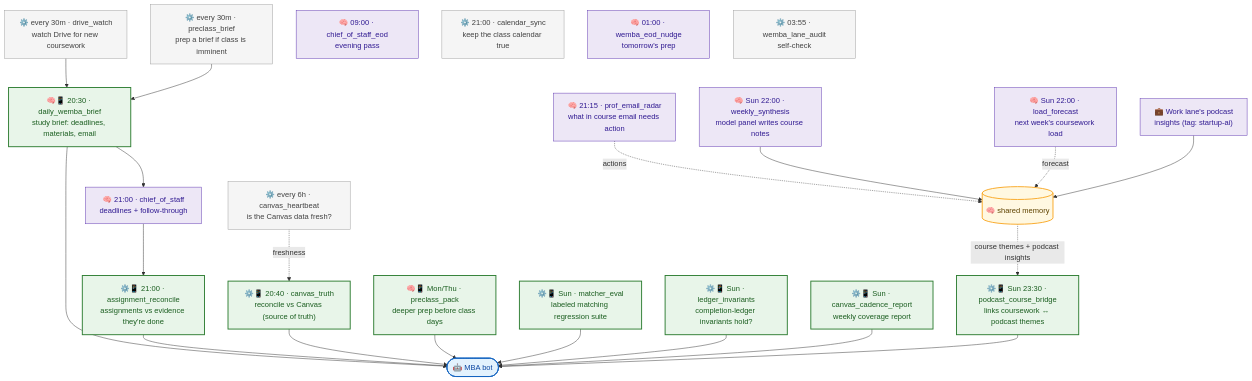
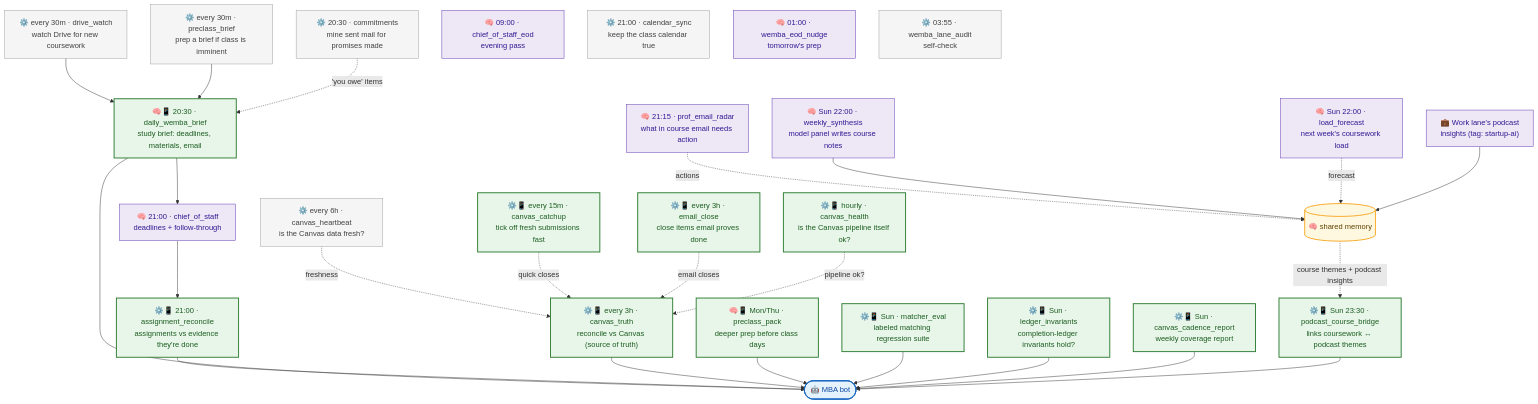
One commit to nickmuchi87/hermes-agents-showcase changed the third of 6 diagrams in docs/08-the-fleet-map.md. Above: the diagram before and after it, drawn with Mermaid. The commit also changed other lines of this file and 13 other files, not shown here.

````diff
--- a/docs/08-the-fleet-map.md
+++ b/docs/08-the-fleet-map.md
@@ -127,50 +129,58 @@
 ```mermaid
 flowchart TB
     drive["⚙️ every 30m · drive_watch<br/>watch Drive for new coursework"]:::plumb
     pre["⚙️ every 30m · preclass_brief<br/>prep a brief if class is imminent"]:::plumb
     hb["⚙️ every 6h · canvas_heartbeat<br/>is the Canvas data fresh?"]:::plumb
+    catchup["⚙️📱 every 15m · canvas_catchup<br/>tick off fresh submissions fast"]:::ping
+    chealth["⚙️📱 hourly · canvas_health<br/>is the Canvas pipeline itself ok?"]:::ping
+    eclose["⚙️📱 every 3h · email_close<br/>close items email proves done"]:::ping
+    commit["⚙️ 20:30 · commitments<br/>mine sent mail for promises made"]:::plumb
     brief["🧠📱 20:30 · daily_wemba_brief<br/>study brief: deadlines, materials, email"]:::ping
     cos["🧠 21:00 · chief_of_staff<br/>deadlines + follow-through"]:::agent
     coseod["🧠 09:00 · chief_of_staff_eod<br/>evening pass"]:::agent
     radar["🧠 21:15 · prof_email_radar<br/>what in course email needs action"]:::agent
     cal["⚙️ 21:00 · calendar_sync<br/>keep the class calendar true"]:::plumb
     recon["⚙️📱 21:00 · assignment_reconcile<br/>assignments vs evidence they're done"]:::ping
-    ctruth["⚙️📱 20:40 · canvas_truth<br/>reconcile vs Canvas (source of truth)"]:::ping
+    ctruth["⚙️📱 every 3h · canvas_truth<br/>reconcile vs Canvas (source of truth)"]:::ping
     pack["🧠📱 Mon/Thu · preclass_pack<br/>deeper prep before class days"]:::ping
     eod["🧠 01:00 · wemba_eod_nudge<br/>tomorrow's prep"]:::agent
     meval["⚙️📱 Sun · matcher_eval<br/>labeled matching regression suite"]:::ping
     inv["⚙️📱 Sun · ledger_invariants<br/>completion-ledger invariants hold?"]:::ping
     synth["🧠 Sun 22:00 · weekly_synthesis<br/>model panel writes course notes"]:::agent
     load["🧠 Sun 22:00 · load_forecast<br/>next week's coursework load"]:::agent
     cad["⚙️📱 Sun · canvas_cadence_report<br/>weekly coverage report"]:::ping
     bridge["⚙️📱 Sun 23:30 · podcast_course_bridge<br/>links coursework ↔ podcast themes"]:::ping
     aud["⚙️ 03:55 · wemba_lane_audit<br/>self-check"]:::plumb
     work["💼 Work lane's podcast<br/>insights (tag: startup-ai)"]:::agent
     mem[("🧠 shared memory")]:::mem
     bot(["🤖 MBA bot"]):::bot
 
     drive --> brief
     pre --> brief
     hb -. "freshness" .-> ctruth
+    catchup -. "quick closes" .-> ctruth
+    eclose -. "email closes" .-> ctruth
+    chealth -. "pipeline ok?" .-> ctruth
+    commit -. "'you owe' items" .-> brief
     brief --> bot
     brief --> cos
     cos --> recon
     recon --> bot
     ctruth --> bot
     radar -. "actions" .-> mem
     pack --> bot
     meval --> bot
     inv --> bot
     cad --> bot
     synth --> mem
     load -. "forecast" .-> mem
     work --> mem
     mem -. "course themes + podcast insights" .-> bridge
     bridge --> bot
 
     classDef agent fill:#ede7f6,stroke:#5e35b1,color:#311b92;
     classDef plumb fill:#f5f5f5,stroke:#9e9e9e,color:#424242;
     classDef ping fill:#e8f5e9,stroke:#2e7d32,color:#1b5e20,stroke-width:2px;
     classDef mem fill:#fff8e1,stroke:#f9a825,color:#5f4300,stroke-width:2px;
     classDef bot fill:#e3f2fd,stroke:#1565c0,color:#0d47a1,stroke-width:2px;
 ```
````
